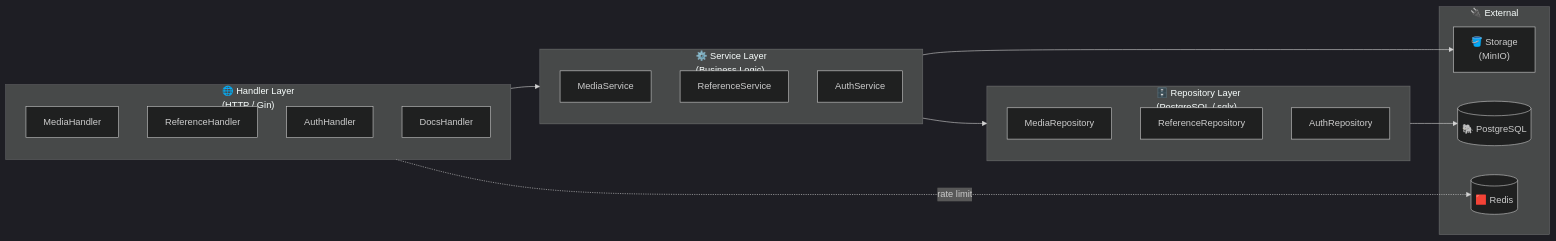
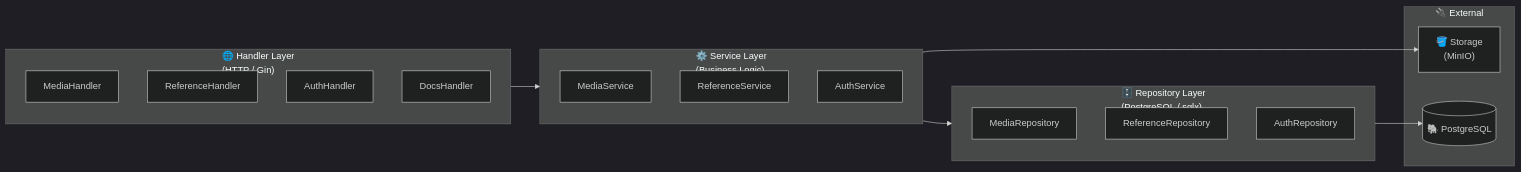
The fourth of 5 diagrams in README.md (PonPond/mediahub-app), drawn with Mermaid (dark theme) before and after one commit. The commit also changed other lines of this file and 6 other files, not shown here.

First line of the commit message:
remove Redis: not implemented, rate limiting handled by Nginx

````diff
--- a/README.md
+++ b/README.md
@@ -192,33 +183,31 @@
 ```mermaid
 graph LR
     subgraph Handler["🌐 Handler Layer\n(HTTP / Gin)"]
         MH["MediaHandler"]
         RH["ReferenceHandler"]
         AH["AuthHandler"]
         DH["DocsHandler"]
     end
 
     subgraph Service["⚙️ Service Layer\n(Business Logic)"]
         MS["MediaService"]
         RS["ReferenceService"]
         AS["AuthService"]
     end
 
     subgraph Repository["🗄️ Repository Layer\n(PostgreSQL / sqlx)"]
         MR["MediaRepository"]
         RR["ReferenceRepository"]
         AR["AuthRepository"]
     end
 
     subgraph External["🔌 External"]
         ST["🪣 Storage\n(MinIO)"]
         DB[("🐘 PostgreSQL")]
-        Cache[("🟥 Redis")]
     end
 
     Handler --> Service
     Service --> Repository
     Service --> ST
     Repository --> DB
-    Handler -.->|"rate limit"| Cache
 ```
````
